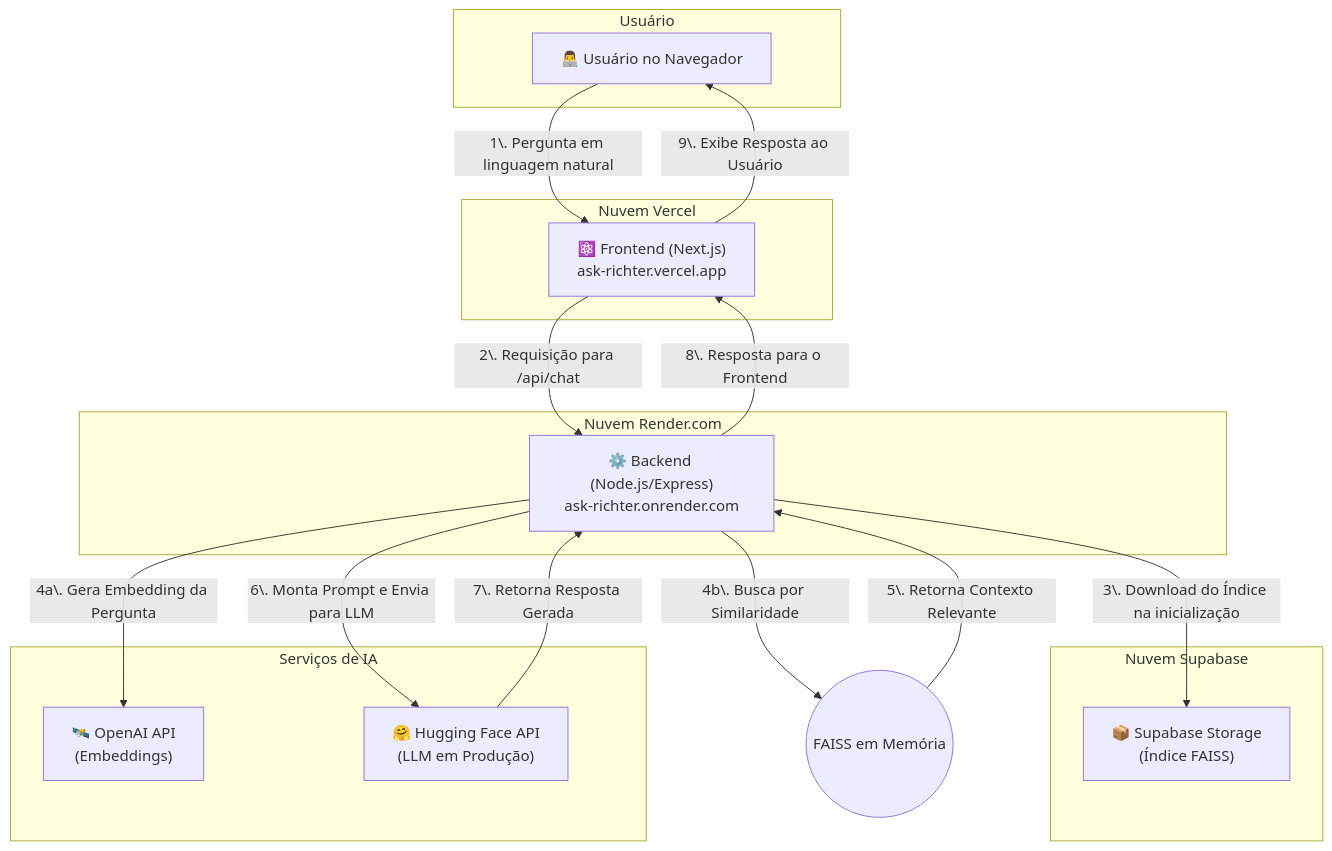
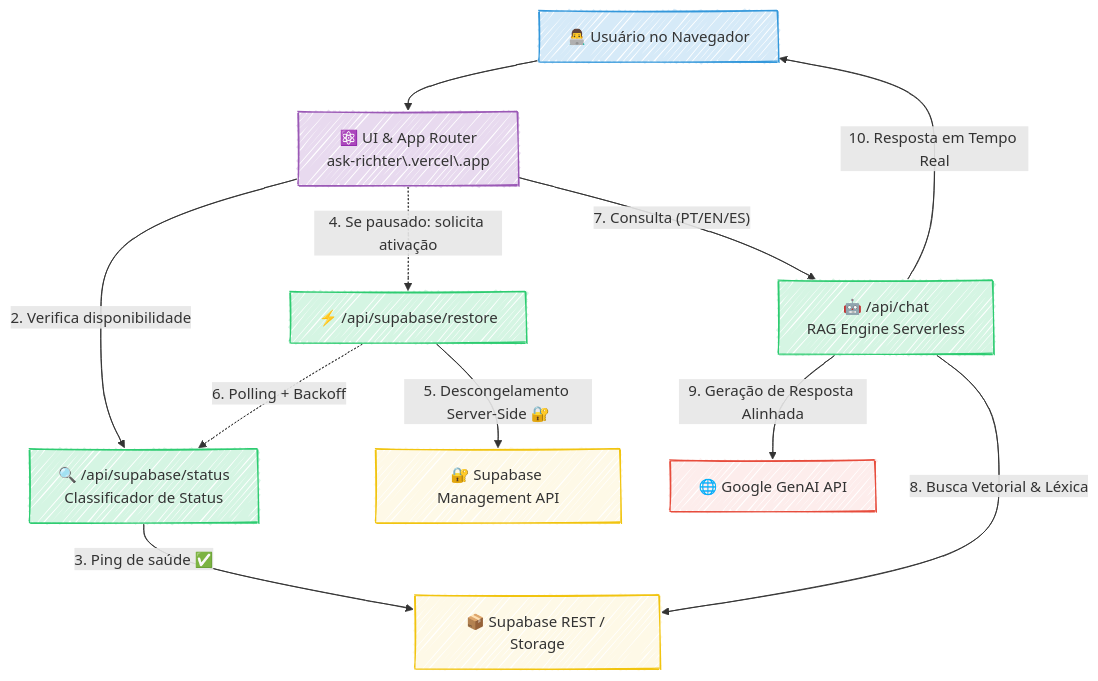
One commit to lfrichter/ask-richter changed diagram 18 of 27 in apps/backend/src/knowledge-base/Projects-Consolidated.md. Above: the diagram before and after it, drawn with Mermaid. The commit also changed other lines of this file and 3 other files, not shown here.

````diff
--- a/apps/backend/src/knowledge-base/Projects-Consolidated.md
+++ b/apps/backend/src/knowledge-base/Projects-Consolidated.md
@@ -59,34 +1863,33 @@
 ```mermaid
-graph TD
-    subgraph "Usuário"
-        User[👨‍💻 Usuário no Navegador]
-    end
+---
+config:
+  theme: default
+  look: handDrawn
+---
+%%{init: {'sequence': {'messageFontMaxSize': 14, 'wrap': true, 'diagramWidth': 600}}}%%
+flowchart TD
+    User["👨‍💻 Usuário no Navegador"] --> Frontend["⚛️ UI & App Router<br>ask-richter\.vercel\.app"]
+    
+    Frontend -- "2. Verifica disponibilidade" --> StatusApi["🔍 /api/supabase/status<br>Classificador de Status"]
+    StatusApi -- "3. Ping de saúde ✅" --> SupabaseREST["📦 Supabase REST / Storage"]
+    
+    Frontend -. "4. Se pausado: solicita ativação" .-> RestoreApi["⚡ /api/supabase/restore"]
+    RestoreApi -- "5. Descongelamento Server-Side 🔐" --> SupabaseMgmt["🔐 Supabase Management API"]
+    RestoreApi -. "6. Polling + Backoff" .-> StatusApi
+    
+    Frontend -- "7. Consulta (PT/EN/ES)" --> ChatApi["🤖 /api/chat<br>RAG Engine Serverless"]
+    ChatApi -- "8. Busca Vetorial & Léxica" --> SupabaseREST
+    ChatApi -- "9. Geração de Resposta Alinhada" --> GeminiAPI["🌐 Google GenAI API"]
+    ChatApi -- "10. Resposta em Tempo Real" --> User
 
-    subgraph "Nuvem Vercel"
-        Frontend["⚛️ Frontend (Next.js)<br>ask-richter.vercel.app"]
-    end
+    %% Estilos de nós para melhor visualização
+    style User fill:#D6EAF8,stroke:#3498DB
+    style Frontend fill:#E8DAEF,stroke:#9B59B6
+    style StatusApi fill:#D5F5E3,stroke:#2ECC71
+    style RestoreApi fill:#D5F5E3,stroke:#2ECC71
+    style ChatApi fill:#D5F5E3,stroke:#2ECC71
+    style SupabaseREST fill:#FEF9E7,stroke:#F1C40F
+    style SupabaseMgmt fill:#FEF9E7,stroke:#F1C40F
+    style GeminiAPI fill:#FDEDEC,stroke:#E74C3C
 
-    subgraph "Nuvem Render.com"
-        Backend["⚙️ Backend (Node.js/Express)<br>ask-richter.onrender.com"]
-    end
-
-    subgraph "Nuvem Supabase"
-        SupabaseDB["📦 Supabase Storage<br>(Índice FAISS)"]
-    end
-
-    subgraph "Serviços de IA"
-        OpenAI_API["🛰️ OpenAI API<br>(Embeddings)"]
-        HF_API["🤗 Hugging Face API<br>(LLM em Produção)"]
-    end
-
-    User -- "1\. Pergunta em linguagem natural" --> Frontend
-    Frontend -- "2\. Requisição para /api/chat" --> Backend
-    Backend -- "3\. Download do Índice na inicialização" --> SupabaseDB
-    Backend -- "4a\. Gera Embedding da Pergunta" --> OpenAI_API
-    Backend -- "4b\. Busca por Similaridade" --> faiss((FAISS em Memória))
-    faiss -- "5\. Retorna Contexto Relevante" --> Backend
-    Backend -- "6\. Monta Prompt e Envia para LLM" --> HF_API
-    HF_API -- "7\. Retorna Resposta Gerada" --> Backend
-    Backend -- "8\. Resposta para o Frontend" --> Frontend
-    Frontend -- "9\. Exibe Resposta ao Usuário" --> User
 ```
````
